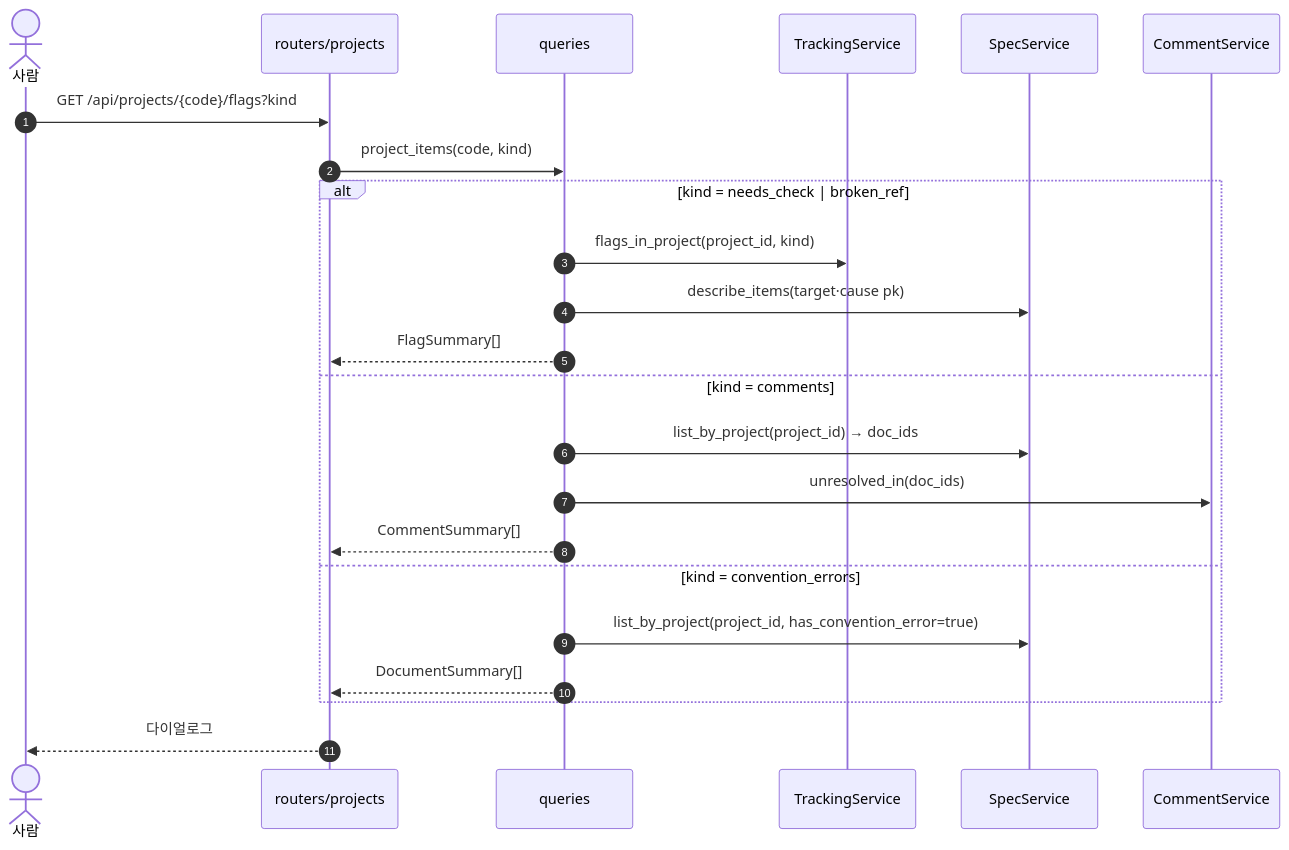
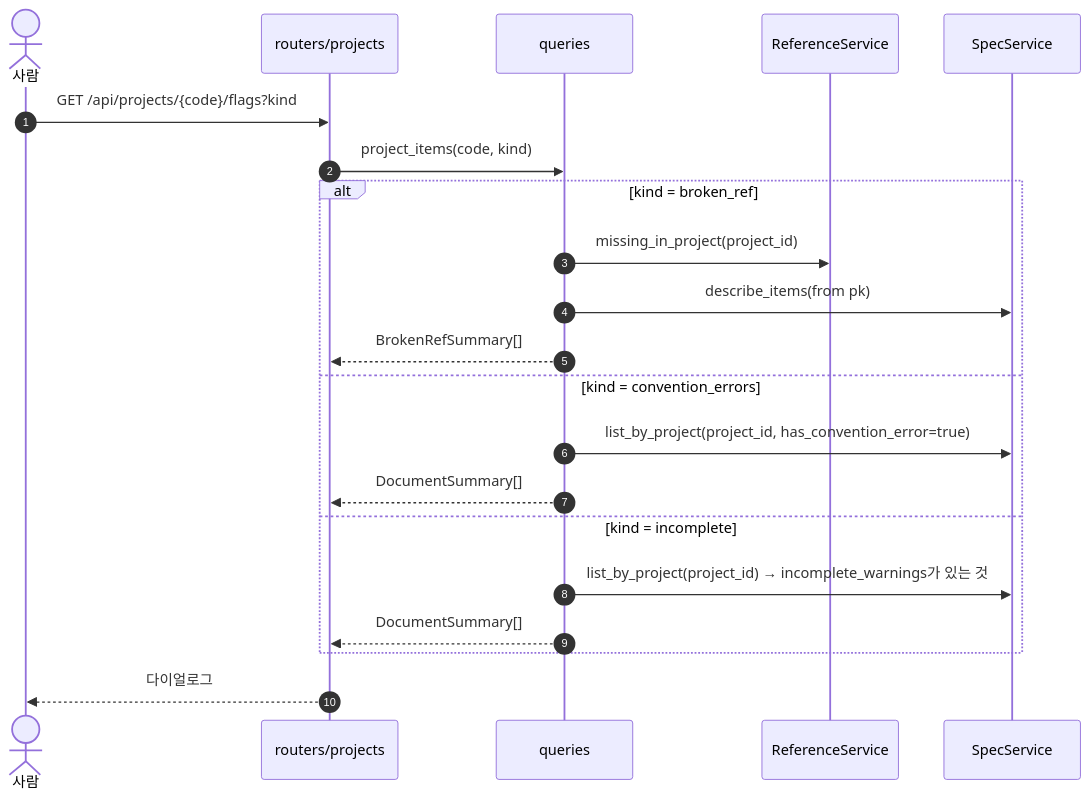
Before and after one commit to HoyoungParkme/syncdoc: diagram 14 of 22 in docs/specs/09-SEQ/SYNC-SEQ-001.md, drawn with Mermaid. The commit also changed other lines of this file and 100 other files, not shown here.

````diff
--- a/docs/specs/09-SEQ/SYNC-SEQ-001.md
+++ b/docs/specs/09-SEQ/SYNC-SEQ-001.md
@@ -930,26 +692,24 @@
 ```mermaid
 sequenceDiagram
     autonumber
     actor U as 사람
     participant RP as routers/projects
     participant Q as queries
-    participant TR as TrackingService
+    participant R as ReferenceService
     participant S as SpecService
-    participant C as CommentService
 
     U->>RP: GET /api/projects/{code}/flags?kind
     RP->>Q: project_items(code, kind)
-    alt kind = needs_check | broken_ref
-        Q->>TR: flags_in_project(project_id, kind)
-        Q->>S: describe_items(target·cause pk)
-        Q-->>RP: FlagSummary[]
-    else kind = comments
-        Q->>S: list_by_project(project_id) → doc_ids
-        Q->>C: unresolved_in(doc_ids)
-        Q-->>RP: CommentSummary[]
+    alt kind = broken_ref
+        Q->>R: missing_in_project(project_id)
+        Q->>S: describe_items(from pk)
+        Q-->>RP: BrokenRefSummary[]
     else kind = convention_errors
         Q->>S: list_by_project(project_id, has_convention_error=true)
+        Q-->>RP: DocumentSummary[]
+    else kind = incomplete
+        Q->>S: list_by_project(project_id) → incomplete_warnings가 있는 것
         Q-->>RP: DocumentSummary[]
     end
     RP-->>U: 다이얼로그
 ```
````
